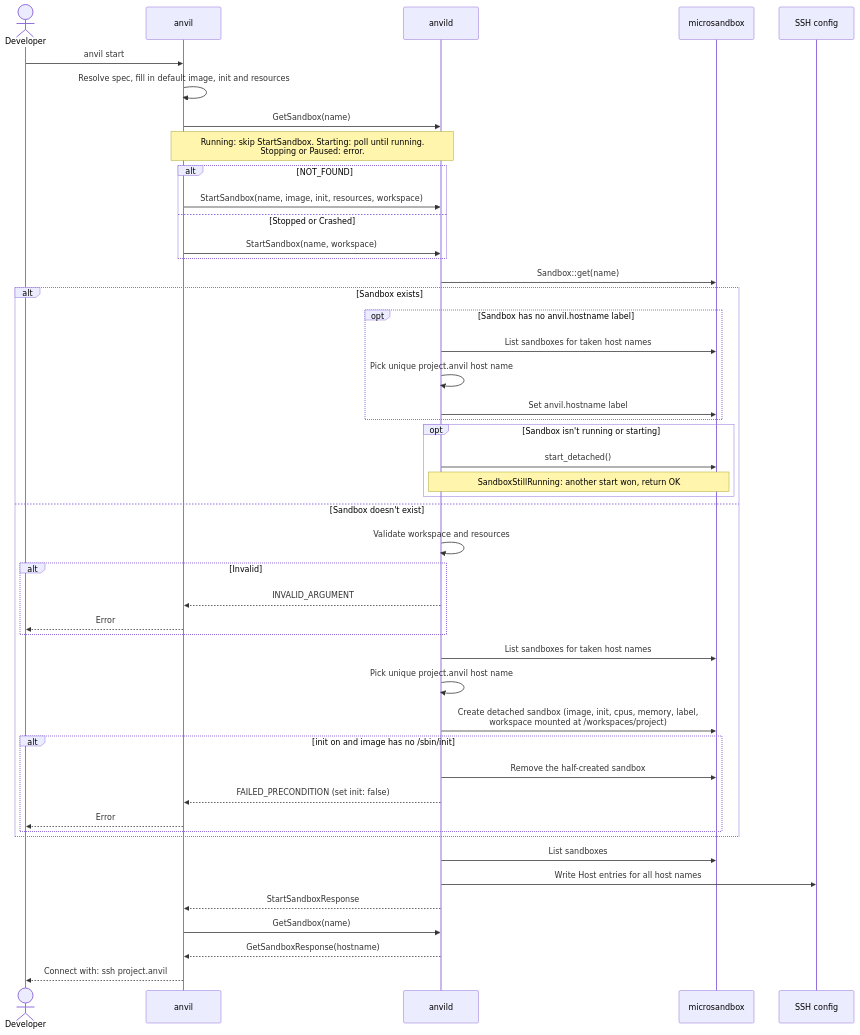
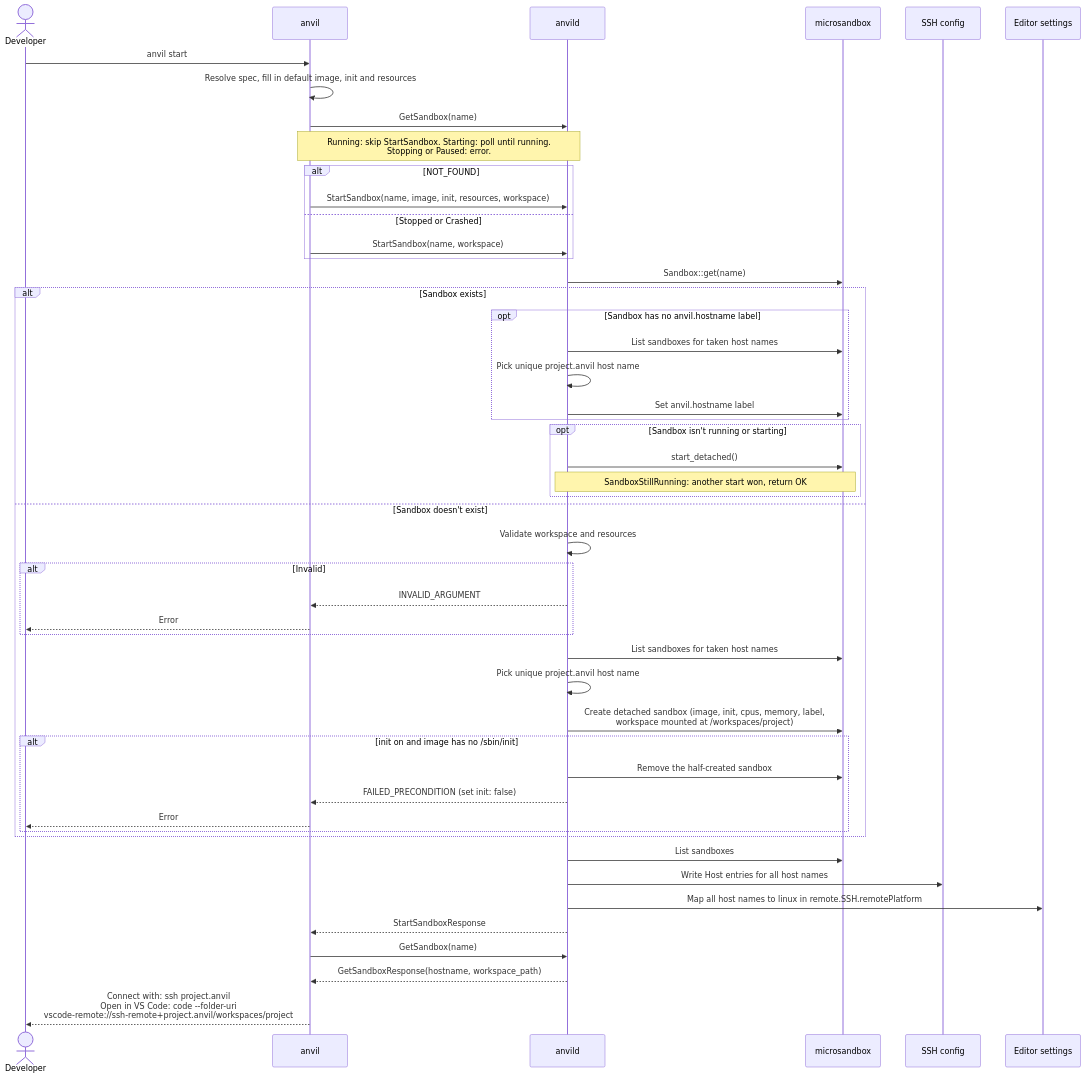
One commit to wmeints/anvil changed the third of 5 diagrams in docs/architecture/06-runtime-view.md. Above: the diagram before and after it, drawn with Mermaid. The commit also changed other lines of this file and 16 other files, not shown here.

First line of the commit message:
feat(daemon): register sandbox hosts in VS Code's Remote-SSH settings

````diff
--- a/docs/architecture/06-runtime-view.md
+++ b/docs/architecture/06-runtime-view.md
@@ -136,52 +136,54 @@
 ```mermaid
 sequenceDiagram
     actor Dev as Developer
     participant CLI as anvil
     participant D as anvild
     participant MS as microsandbox
     participant SSH as SSH config
+    participant Ed as Editor settings
 
     Dev->>CLI: anvil start
     CLI->>CLI: Resolve spec, fill in default image, init and resources
     CLI->>D: GetSandbox(name)
     Note over CLI,D: Running: skip StartSandbox. Starting: poll until running.<br/>Stopping or Paused: error.
     alt NOT_FOUND
         CLI->>D: StartSandbox(name, image, init, resources, workspace)
     else Stopped or Crashed
         CLI->>D: StartSandbox(name, workspace)
     end
     D->>MS: Sandbox::get(name)
 
     alt Sandbox exists
         opt Sandbox has no anvil.hostname label
             D->>MS: List sandboxes for taken host names
             D->>D: Pick unique project.anvil host name
             D->>MS: Set anvil.hostname label
         end
         opt Sandbox isn't running or starting
             D->>MS: start_detached()
             Note over D,MS: SandboxStillRunning: another start won, return OK
         end
     else Sandbox doesn't exist
         D->>D: Validate workspace and resources
         alt Invalid
             D-->>CLI: INVALID_ARGUMENT
             CLI-->>Dev: Error
         end
         D->>MS: List sandboxes for taken host names
         D->>D: Pick unique project.anvil host name
         D->>MS: Create detached sandbox (image, init, cpus, memory, label,<br/>workspace mounted at /workspaces/project)
         alt init on and image has no /sbin/init
             D->>MS: Remove the half-created sandbox
             D-->>CLI: FAILED_PRECONDITION (set init: false)
             CLI-->>Dev: Error
         end
     end
 
     D->>MS: List sandboxes
     D->>SSH: Write Host entries for all host names
+    D->>Ed: Map all host names to linux in remote.SSH.remotePlatform
     D-->>CLI: StartSandboxResponse
     CLI->>D: GetSandbox(name)
-    D-->>CLI: GetSandboxResponse(hostname)
-    CLI-->>Dev: Connect with: ssh project.anvil
+    D-->>CLI: GetSandboxResponse(hostname, workspace_path)
+    CLI-->>Dev: Connect with: ssh project.anvil<br/>Open in VS Code: code --folder-uri<br/>vscode-remote://ssh-remote+project.anvil/workspaces/project
 ```
````
